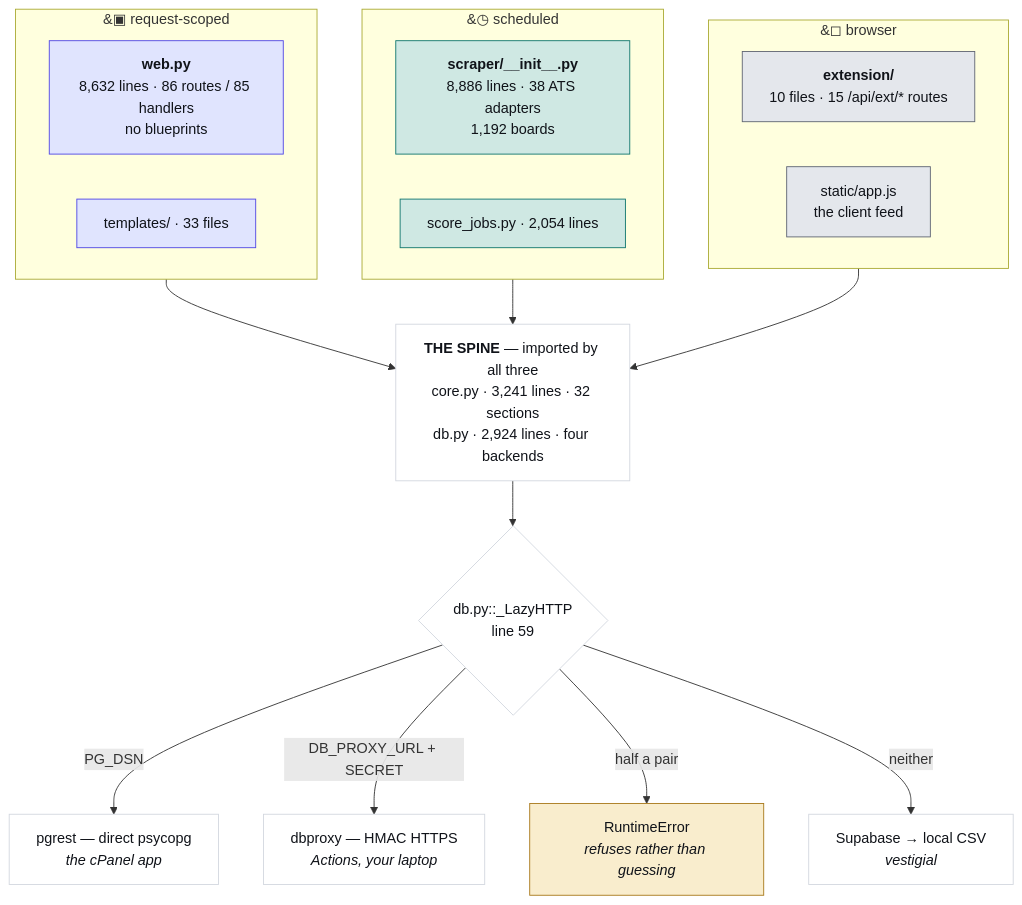
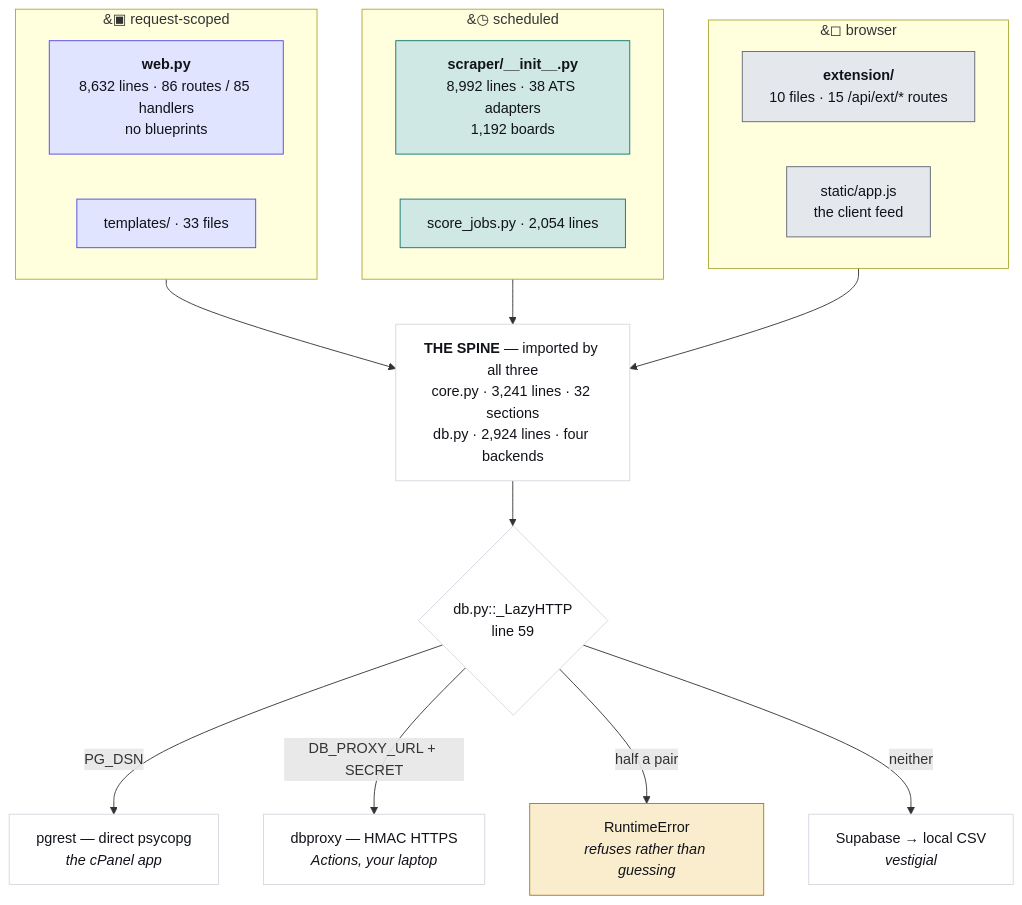
Before and after one commit to hadakunal909-debug/job-search-tool: the first of 4 diagrams in JobMatch Scraper/docs/ARCHITECTURE.md, drawn with Mermaid. The commit also changed other lines of this file and 6 other files, not shown here.

````diff
--- a/JobMatch Scraper/docs/ARCHITECTURE.md
+++ b/JobMatch Scraper/docs/ARCHITECTURE.md
@@ -45,34 +45,34 @@
 ```mermaid
 flowchart TB
   subgraph REQ["&#9635; request-scoped"]
     W["<b>web.py</b><br/>8,632 lines · 86 routes / 85 handlers<br/>no blueprints"]
     T["templates/ · 33 files"]
   end
   subgraph SCH["&#9719; scheduled"]
-    S["<b>scraper/__init__.py</b><br/>8,886 lines · 38 ATS adapters<br/>1,192 boards"]
+    S["<b>scraper/__init__.py</b><br/>8,992 lines · 38 ATS adapters<br/>1,192 boards"]
     J["score_jobs.py · 2,054 lines"]
   end
   subgraph CLI["&#9723; browser"]
     E["<b>extension/</b><br/>10 files · 15 /api/ext/* routes"]
     A["static/app.js<br/>the client feed"]
   end
   SPINE["<b>THE SPINE</b> — imported by all three<br/>core.py · 3,241 lines · 32 sections<br/>db.py · 2,924 lines · four backends"]
   REQ --> SPINE
   SCH --> SPINE
   CLI --> SPINE
   SPINE --> D{"db.py::_LazyHTTP<br/>line 59"}
   D -->|"PG_DSN"| P["pgrest — direct psycopg<br/><i>the cPanel app</i>"]
   D -->|"DB_PROXY_URL + SECRET"| X["dbproxy — HMAC HTTPS<br/><i>Actions, your laptop</i>"]
   D -->|"half a pair"| R["RuntimeError<br/><i>refuses rather than guessing</i>"]
   D -->|"neither"| V["Supabase → local CSV<br/><i>vestigial</i>"]
   classDef web fill:#e0e4fe,stroke:#4f46e5,color:#101319
   classDef sched fill:#cfe8e3,stroke:#0f766e,color:#101319
   classDef client fill:#e4e7ec,stroke:#5f6573,color:#101319
   classDef trap fill:#f9edcd,stroke:#a8781a,color:#101319
   classDef plain fill:#ffffff,stroke:#d3d7df,color:#101319
   class W,T web
   class S,J sched
   class E,A client
   class R trap
   class SPINE,D,P,X,V plain
 ```
````
